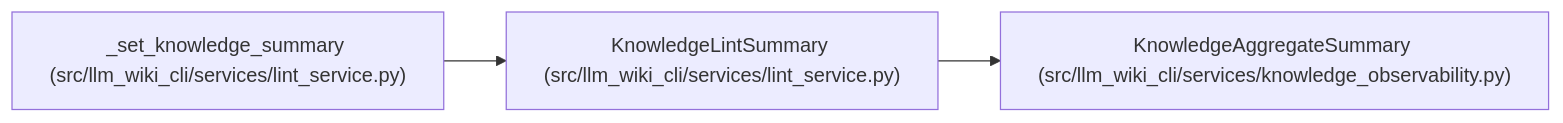
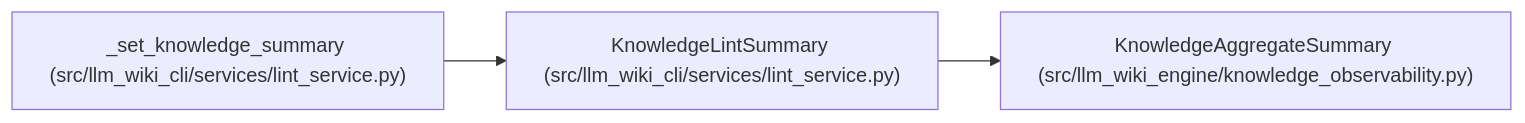
Before and after one commit to Denissvgn/python-wiki-llm: the diagram in docs/llm_wiki/entities/KnowledgeLintSummary.md, drawn with Mermaid. The commit also changed 1058 other files, not shown here.

First line of the commit message:
docs: refresh the wiki for the knowledge store move

````diff
--- a/docs/llm_wiki/entities/KnowledgeLintSummary.md
+++ b/docs/llm_wiki/entities/KnowledgeLintSummary.md
@@ -33,11 +33,11 @@
 ```mermaid
 flowchart LR
     n0["KnowledgeLintSummary (src/llm_wiki_cli/services/lint_service.py)"]
-    n1["KnowledgeAggregateSummary (src/llm_wiki_cli/services/knowledge_observability.py)"]
+    n1["KnowledgeAggregateSummary (src/llm_wiki_engine/knowledge_observability.py)"]
     n2["_set_knowledge_summary (src/llm_wiki_cli/services/lint_service.py)"]
     n0 --> n1
     n2 --> n0
     click n0 "../modules/lint_service.md"
     click n1 "../modules/knowledge_observability.md"
     click n2 "../modules/lint_service.md"
 ```
````
